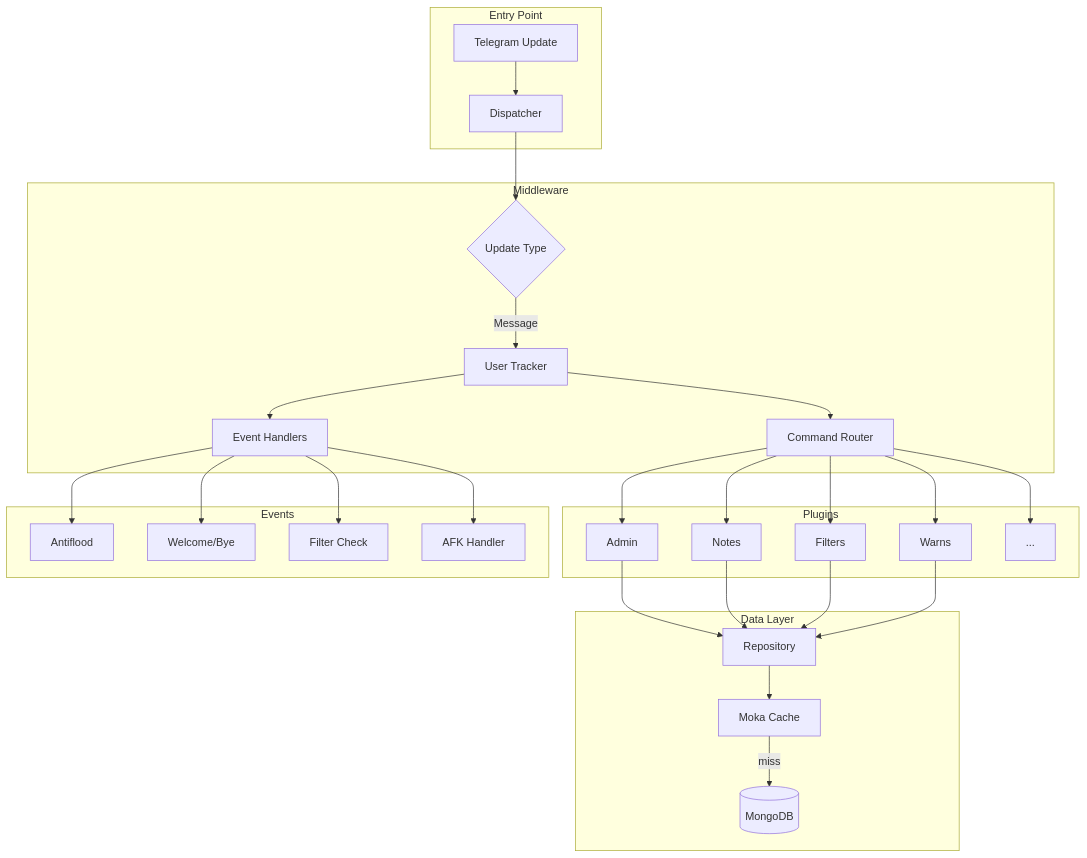
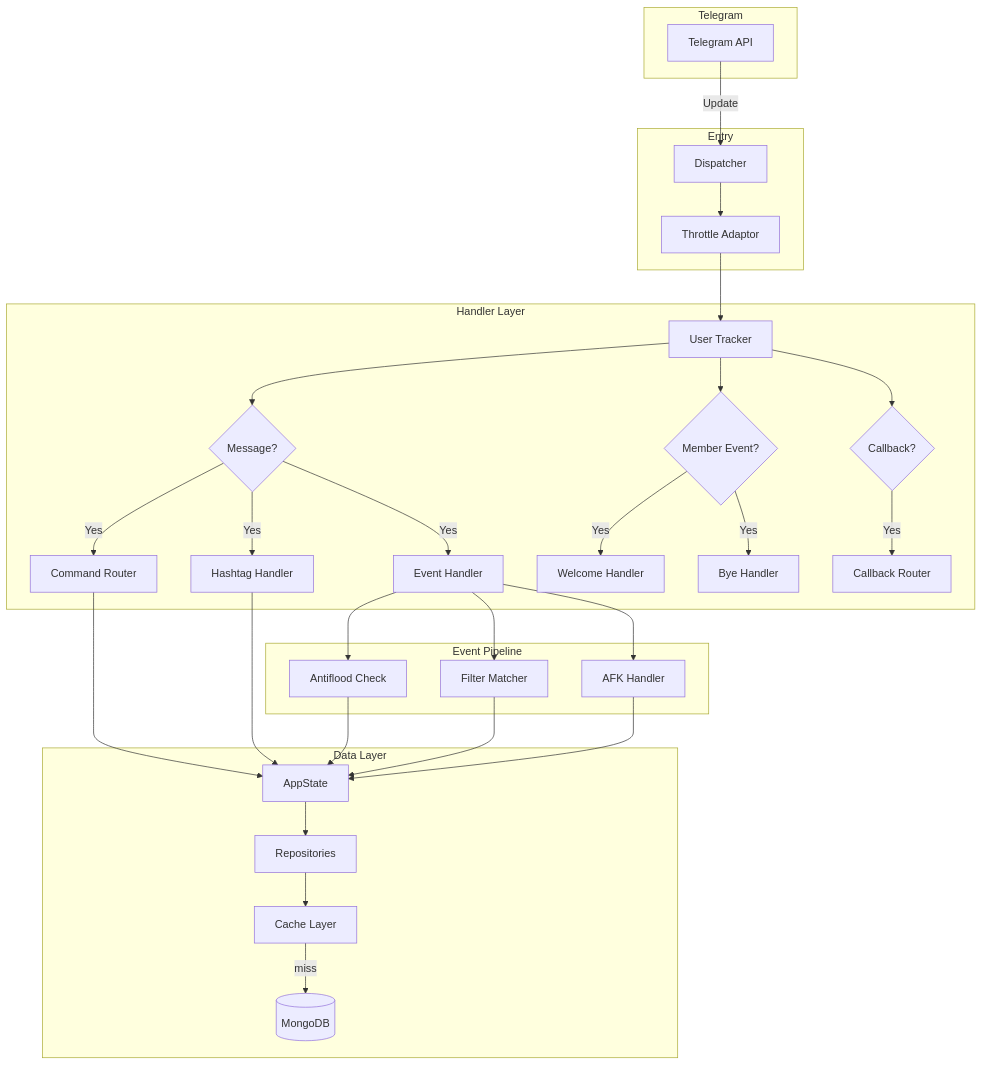
Before and after one commit to ziyu4/Elysium: the first of 3 diagrams in README.md, drawn with Mermaid. The commit also changed other lines of this file, not shown here.

Commit message:
docs: enhance README with detailed architecture, request flow, caching strategy, component responsibilities, and technical specifications.

````diff
--- a/README.md
+++ b/README.md
@@ -20,36 +11,40 @@
 ```mermaid
 graph TB
-    subgraph "Entry Point"
-        A[Telegram Update] --> B[Dispatcher]
+    subgraph "Telegram"
+        TG[Telegram API]
     end
     
-    subgraph "Middleware"
-        B --> C{Update Type}
-        C -->|Message| D[User Tracker]
-        D --> E[Command Router]
-        D --> F[Event Handlers]
+    subgraph "Entry"
+        TG -->|Update| DISP[Dispatcher]
+        DISP --> THROTTLE[Throttle Adaptor]
     end
     
-    subgraph "Plugins"
-        E --> G[Admin]
-        E --> H[Notes]
-        E --> I[Filters]
-        E --> J[Warns]
-        E --> K[...]
+    subgraph "Handler Layer"
+        THROTTLE --> TRACK[User Tracker]
+        TRACK --> MSG{Message?}
+        TRACK --> MEM{Member Event?}
+        TRACK --> CB{Callback?}
+        
+        MSG -->|Yes| CMD[Command Router]
+        MSG -->|Yes| HASH[Hashtag Handler]
+        MSG -->|Yes| EVT[Event Handler]
+        
+        MEM -->|Yes| WELCOME[Welcome Handler]
+        MEM -->|Yes| BYE[Bye Handler]
+        
+        CB -->|Yes| CALLBACK[Callback Router]
     end
     
-    subgraph "Events"
-        F --> L[Antiflood]
-        F --> M[Welcome/Bye]
-        F --> N[Filter Check]
-        F --> O[AFK Handler]
+    subgraph "Event Pipeline"
+        EVT --> FLOOD[Antiflood Check]
+        EVT --> FILTER[Filter Matcher]
+        EVT --> AFK[AFK Handler]
     end
     
     subgraph "Data Layer"
-        P[(MongoDB)]
-        Q[Moka Cache]
-        G & H & I & J --> R[Repository]
-        R --> Q
-        Q -->|miss| P
+        CMD & HASH & FLOOD & FILTER & AFK --> STATE[AppState]
+        STATE --> REPOS[Repositories]
+        REPOS --> CACHE[Cache Layer]
+        CACHE -->|miss| DB[(MongoDB)]
     end
 ```
````
